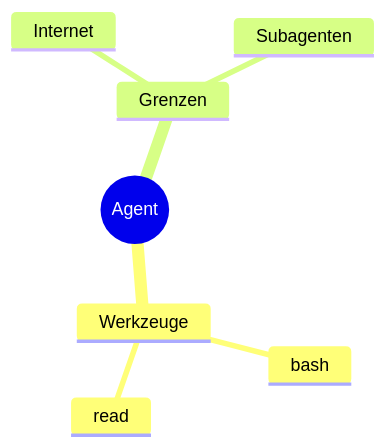
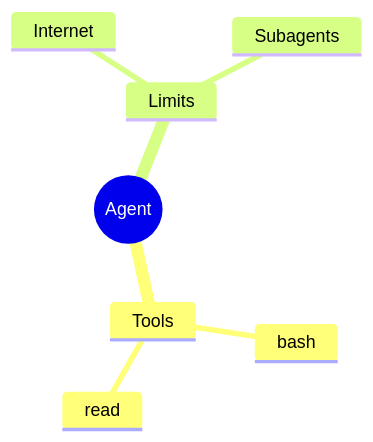
Before and after one commit to pschroee/agri-gaia-agent-gateway: the eighth of 9 diagrams in images/agw-basis/skills/mermaid/SKILL.md, drawn with Mermaid. The commit also changed other lines of this file and 25 other files, not shown here.

````diff
--- a/images/agw-basis/skills/mermaid/SKILL.md
+++ b/images/agw-basis/skills/mermaid/SKILL.md
@@ -159,10 +159,10 @@
 ```mermaid
 mindmap
   root(("Agent"))
-    Werkzeuge
+    Tools
       bash
       read
-    Grenzen
+    Limits
       Internet
-      Subagenten
+      Subagents
 ```
````
